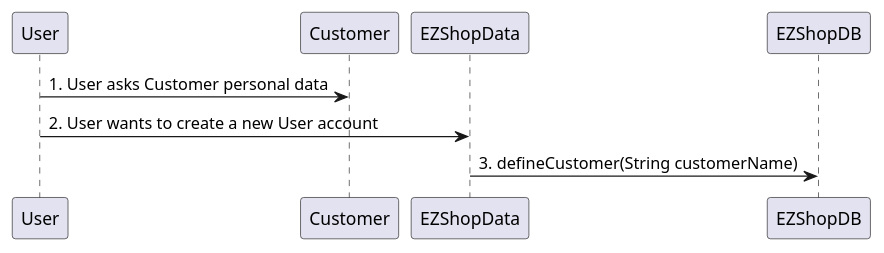
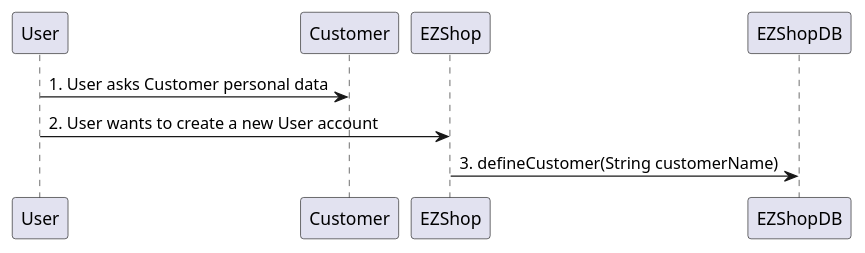
Before and after one commit to djemar/softeng_ezshop: diagram 12 of 31 in Deliverables/DesignDocument.md, drawn with PlantUML. The commit also changed other lines of this file, not shown here.

````diff
--- a/Deliverables/DesignDocument.md
+++ b/Deliverables/DesignDocument.md
@@ -355,6 +367,6 @@
 ```plantuml
 "User" -> "Customer": 1. User asks Customer personal data
-"User" -> "EZShopData" : 2. User wants to create a new User account
-"EZShopData" -> "EZShopDB" : 3. defineCustomer(String customerName)
+"User" -> "EZShop" : 2. User wants to create a new User account
+"EZShop" -> "EZShopDB" : 3. defineCustomer(String customerName)
 
 ```
````
